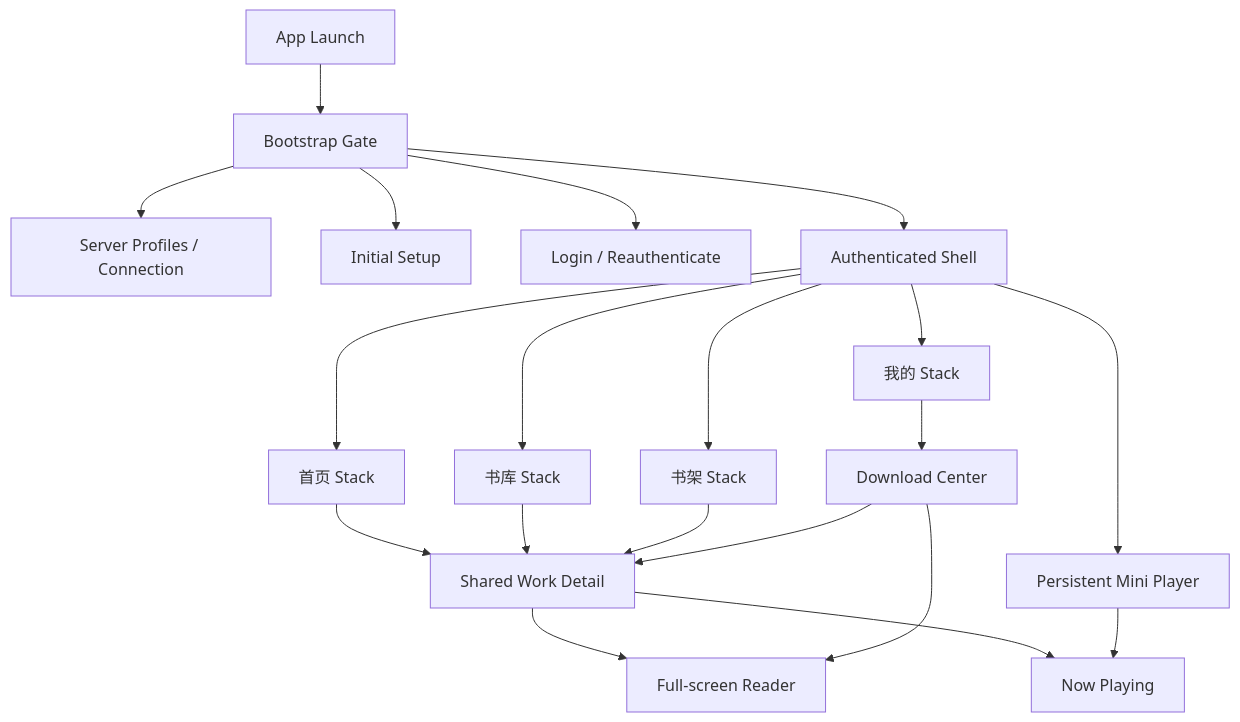
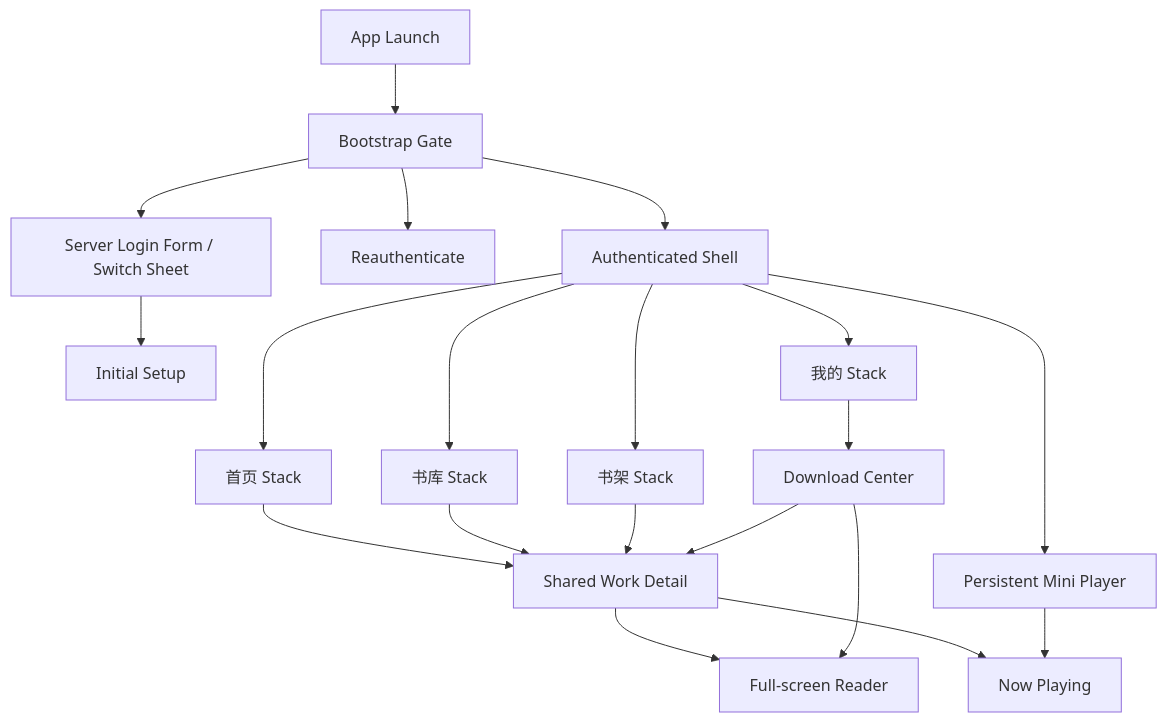
Before and after one commit to GMD170629/ermao-library: the first of 3 diagrams in docs/mobile-app-phase-2-information-architecture.md, drawn with Mermaid. The commit also changed other lines of this file and 483 other files, not shown here.

Commit message:
feat: expand native mobile settings and library flows

````diff
--- a/docs/mobile-app-phase-2-information-architecture.md
+++ b/docs/mobile-app-phase-2-information-architecture.md
@@ -63,25 +64,25 @@
 ```mermaid
 flowchart TD
     Launch["App Launch"] --> Gate["Bootstrap Gate"]
-    Gate --> Servers["Server Profiles / Connection"]
-    Gate --> Setup["Initial Setup"]
-    Gate --> Login["Login / Reauthenticate"]
+    Gate --> Servers["Server Login Form / Switch Sheet"]
+    Servers --> Setup["Initial Setup"]
+    Gate --> Login["Reauthenticate"]
     Gate --> Shell["Authenticated Shell"]
 
     Shell --> Home["首页 Stack"]
     Shell --> Library["书库 Stack"]
     Shell --> Shelves["书架 Stack"]
     Shell --> Me["我的 Stack"]
 
     Home --> Work["Shared Work Detail"]
     Library --> Work
     Shelves --> Work
     Me --> Downloads["Download Center"]
     Downloads --> Work
 
     Work --> Reader["Full-screen Reader"]
     Work --> Playing["Now Playing"]
     Downloads --> Reader
     Shell --> Mini["Persistent Mini Player"]
     Mini --> Playing
 ```
````
